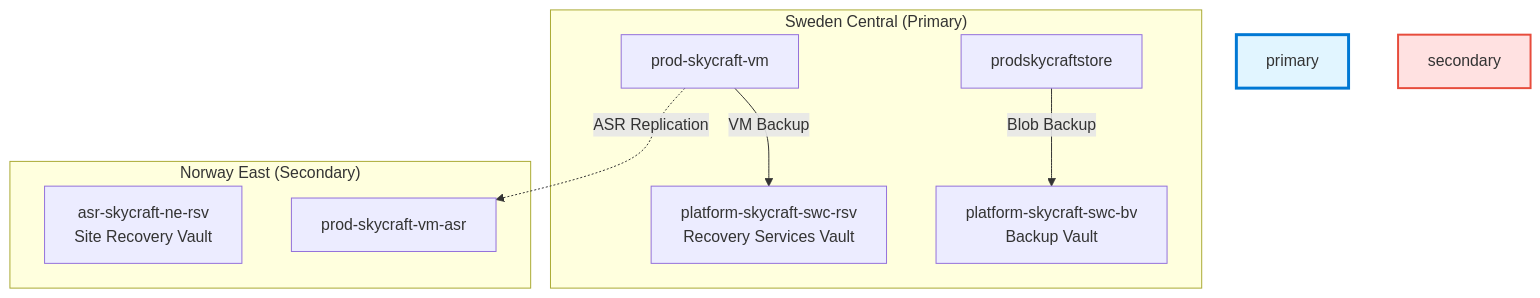
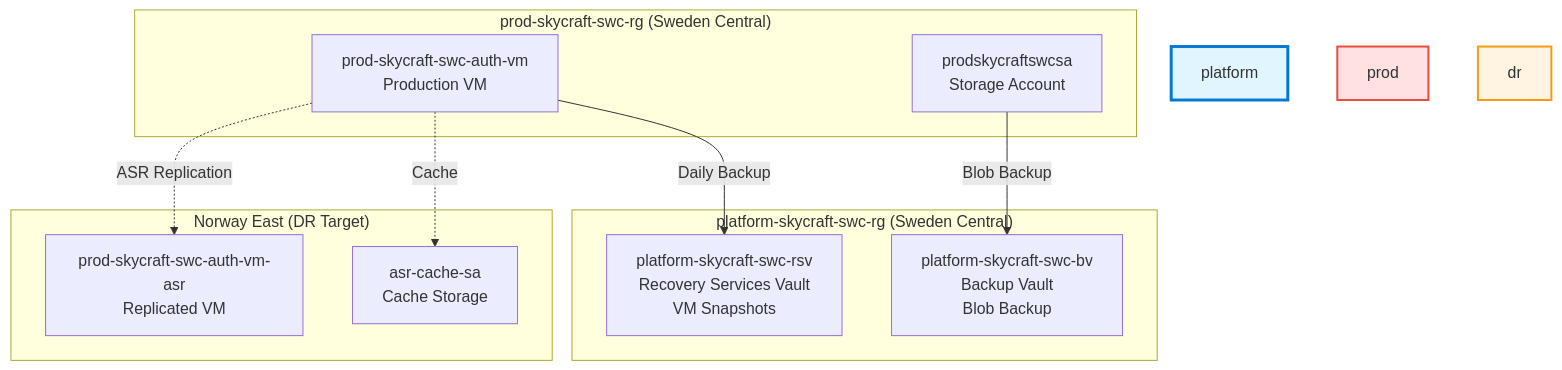
Before and after one commit to mbiszczanik/skycraft: the diagram in module-5-monitoring-maintenance/5.2-business-continuity/lab-guide-5.2.md, drawn with Mermaid. The commit also changed other lines of this file and 6 other files, not shown here.

````diff
--- a/module-5-monitoring-maintenance/5.2-business-continuity/lab-guide-5.2.md
+++ b/module-5-monitoring-maintenance/5.2-business-continuity/lab-guide-5.2.md
@@ -20,20 +21,25 @@
 ```mermaid
 graph TB
-    subgraph "Sweden Central (Primary)"
-        style primary fill:#e1f5ff,stroke:#0078d4,stroke-width:3px
-        VM_Prod["prod-skycraft-vm"]
-        SA_Prod["prodskycraftstore"]
-        RSV["platform-skycraft-swc-rsv<br/>Recovery Services Vault"]
-        BV["platform-skycraft-swc-bv<br/>Backup Vault"]
+    subgraph "platform-skycraft-swc-rg (Sweden Central)"
+        style platform fill:#e1f5ff,stroke:#0078d4,stroke-width:3px
+        RSV["platform-skycraft-swc-rsv<br/>Recovery Services Vault<br/>VM Snapshots"]
+        BV["platform-skycraft-swc-bv<br/>Backup Vault<br/>Blob Backup"]
     end
 
-    subgraph "Norway East (Secondary)"
-        style secondary fill:#ffe1e1,stroke:#e74c3c,stroke-width:2px
-        RSV_Sec["asr-skycraft-ne-rsv<br/>Site Recovery Vault"]
-        VM_Replica["prod-skycraft-vm-asr"]
+    subgraph "prod-skycraft-swc-rg (Sweden Central)"
+        style prod fill:#ffe1e1,stroke:#e74c3c,stroke-width:2px
+        VM_Prod["prod-skycraft-swc-auth-vm<br/>Production VM"]
+        SA_Prod["prodskycraftswcsa<br/>Storage Account"]
     end
 
-    VM_Prod -->|"VM Backup"| RSV
+    subgraph "Norway East (DR Target)"
+        style dr fill:#fff4e1,stroke:#f39c12,stroke-width:2px
+        VM_Replica["prod-skycraft-swc-auth-vm-asr<br/>Replicated VM"]
+        ASR_Cache["asr-cache-sa<br/>Cache Storage"]
+    end
+
+    VM_Prod -->|"Daily Backup"| RSV
     SA_Prod -->|"Blob Backup"| BV
     VM_Prod -.->|"ASR Replication"| VM_Replica
+    VM_Prod -.->|"Cache"| ASR_Cache
 ```
````
